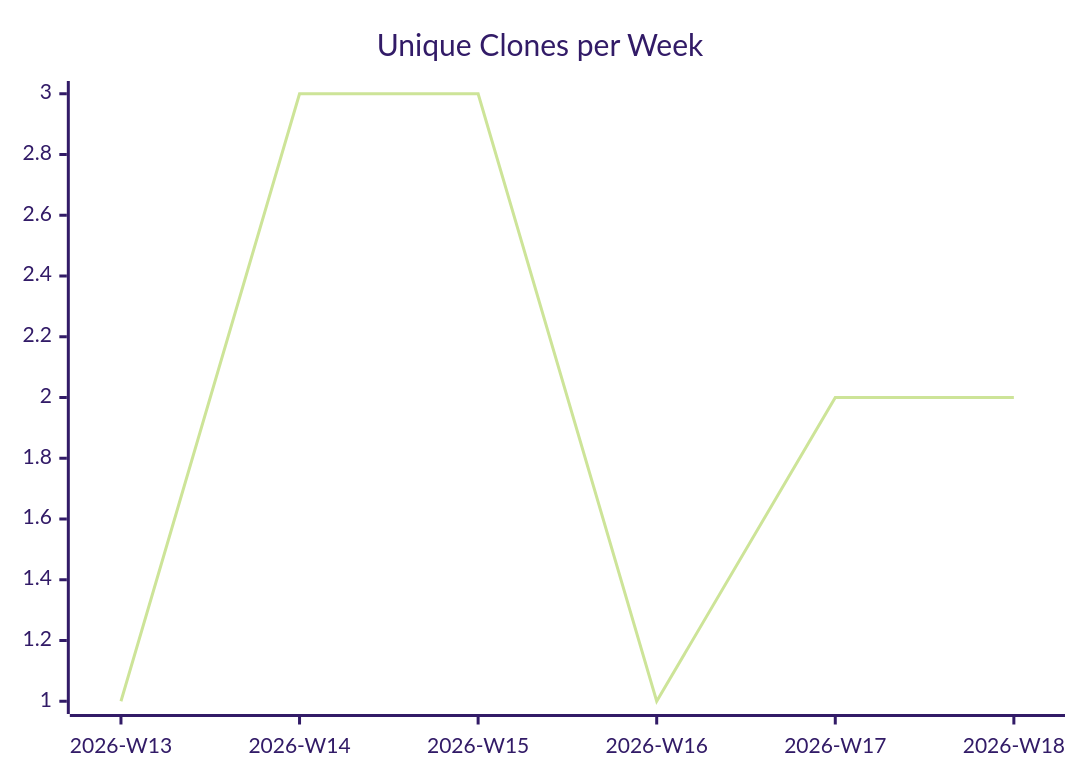
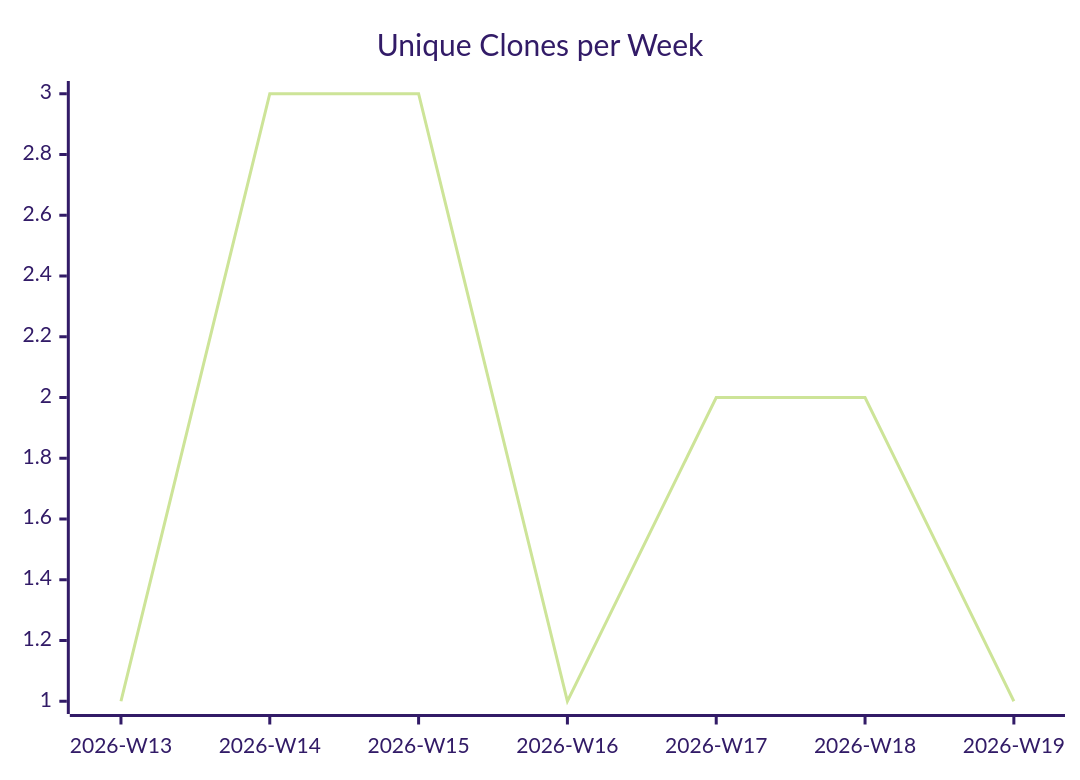
One commit to justdavis-family/github-analytics-data changed the third of 3 diagrams in karlmdavis/puppet-sonar/README.md. Above: the diagram before and after it, drawn with Mermaid (forest theme). The commit also changed other lines of this file and 187 other files, not shown here.

````diff
--- a/karlmdavis/puppet-sonar/README.md
+++ b/karlmdavis/puppet-sonar/README.md
@@ -19,6 +19,6 @@
 ```mermaid
 xychart-beta
   title "Unique Clones per Week"
-  x-axis ["2026-W13", "2026-W14", "2026-W15", "2026-W16", "2026-W17", "2026-W18"]
-  line [1, 3, 3, 1, 2, 2]
+  x-axis ["2026-W13", "2026-W14", "2026-W15", "2026-W16", "2026-W17", "2026-W18", "2026-W19"]
+  line [1, 3, 3, 1, 2, 2, 1]
 ```
````
